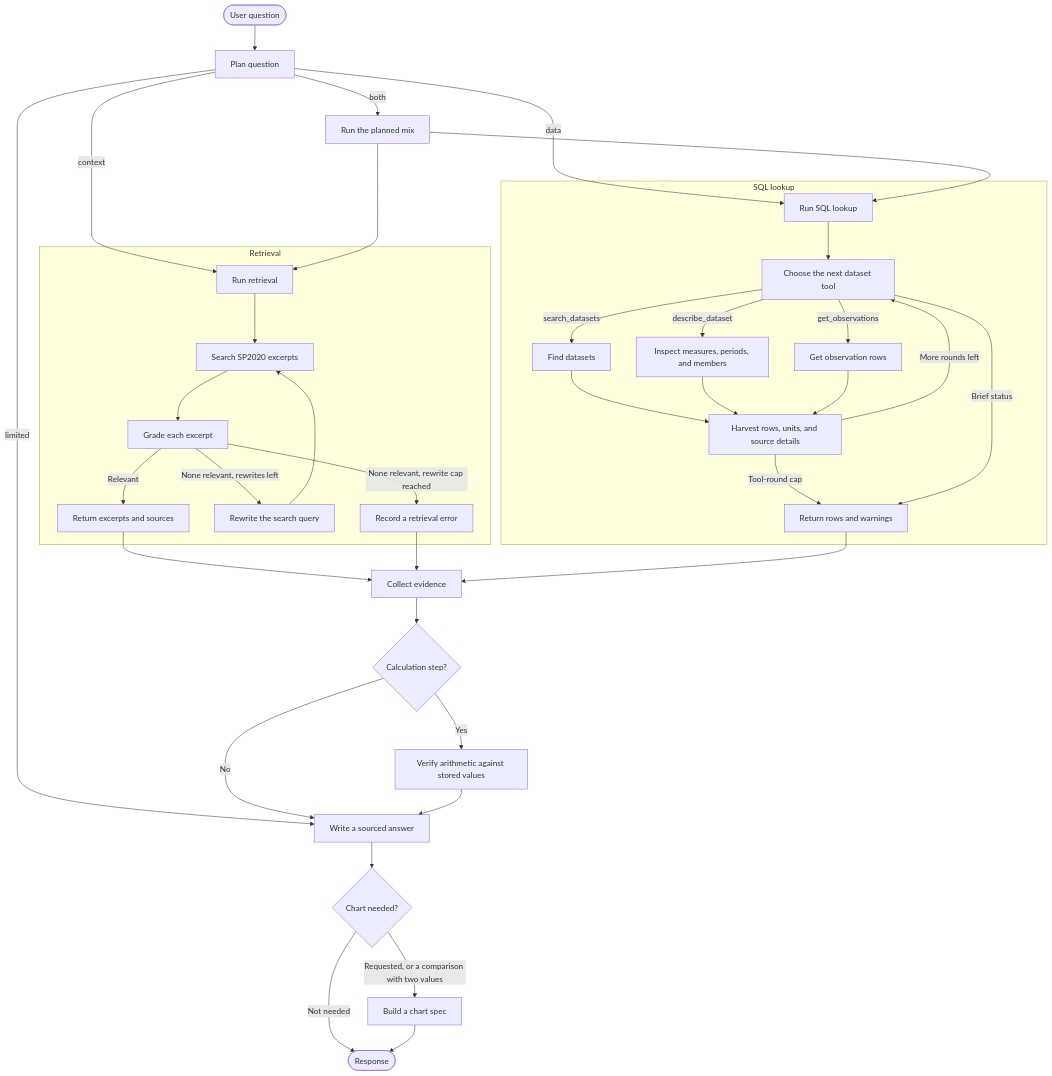
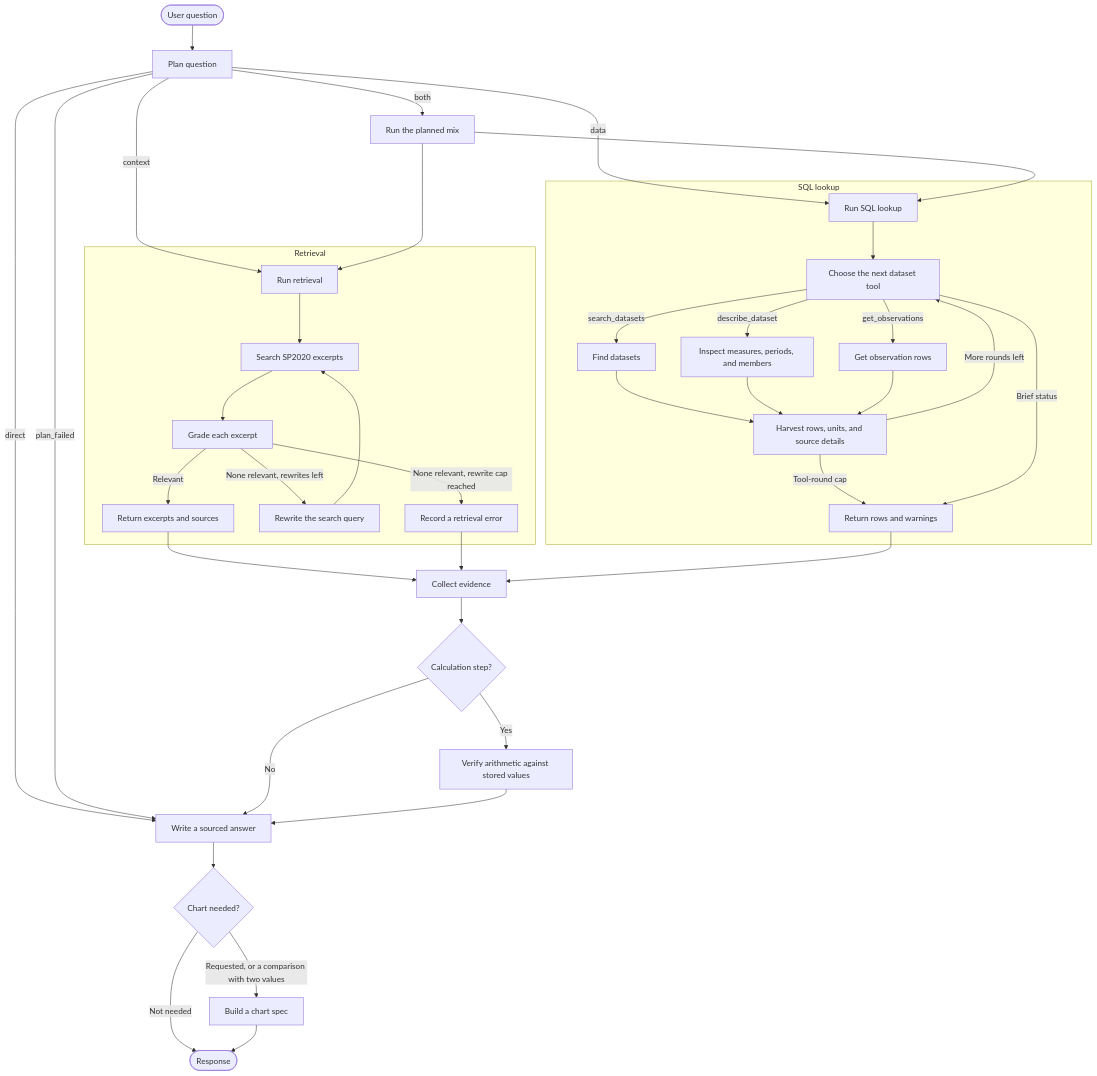
The diagram in README.md (aprirachmadi/tilik-agent), drawn with Mermaid before and after one commit. The commit also changed other lines of this file and 5 other files, not shown here.

````diff
--- a/README.md
+++ b/README.md
@@ -57,48 +57,49 @@
 ```mermaid
 flowchart TD
     START([User question]) --> PLAN[Plan question]
 
     PLAN -->|context| R[Run retrieval]
     PLAN -->|data| S[Run SQL lookup]
     PLAN -->|both| MIX[Run the planned mix]
-    PLAN -->|limited| ANSWER[Write a sourced answer]
+    PLAN -->|direct| ANSWER[Write a sourced answer]
+    PLAN -->|plan_failed| ANSWER
 
     MIX --> R
     MIX --> S
 
     subgraph retrieval [Retrieval]
         R --> SEARCH[Search SP2020 excerpts]
         SEARCH --> GRADE[Grade each excerpt]
         GRADE -->|Relevant| RDOC[Return excerpts and sources]
         GRADE -->|None relevant, rewrites left| REWRITE[Rewrite the search query]
         REWRITE --> SEARCH
         GRADE -->|None relevant, rewrite cap reached| RERR[Record a retrieval error]
     end
 
     subgraph sql_lookup [SQL lookup]
         S --> AGENT[Choose the next dataset tool]
         AGENT -->|search_datasets| FIND[Find datasets]
         AGENT -->|describe_dataset| DESCRIBE[Inspect measures, periods, and members]
         AGENT -->|get_observations| VALUES[Get observation rows]
         FIND --> HARVEST[Harvest rows, units, and source details]
         DESCRIBE --> HARVEST
         VALUES --> HARVEST
         HARVEST -->|More rounds left| AGENT
         HARVEST -->|Tool-round cap| SDATA[Return rows and warnings]
         AGENT -->|Brief status| SDATA
     end
 
     RDOC --> COLLECT[Collect evidence]
     RERR --> COLLECT
     SDATA --> COLLECT
 
     COLLECT --> CALC{Calculation step?}
     CALC -->|Yes| VERIFY[Verify arithmetic against stored values]
     CALC -->|No| ANSWER
     VERIFY --> ANSWER
 
     ANSWER --> CHART{Chart needed?}
     CHART -->|Requested, or a comparison with two values| VIS[Build a chart spec]
     CHART -->|Not needed| RESP([Response])
     VIS --> RESP
 ```
````
